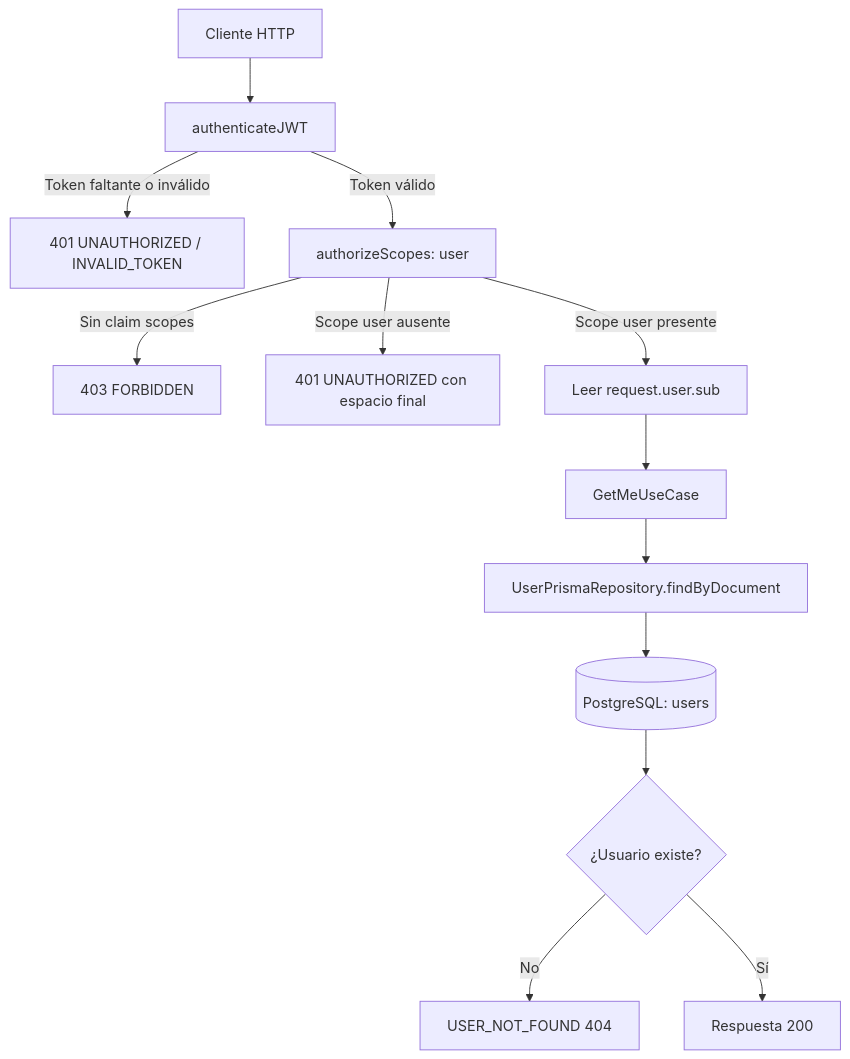
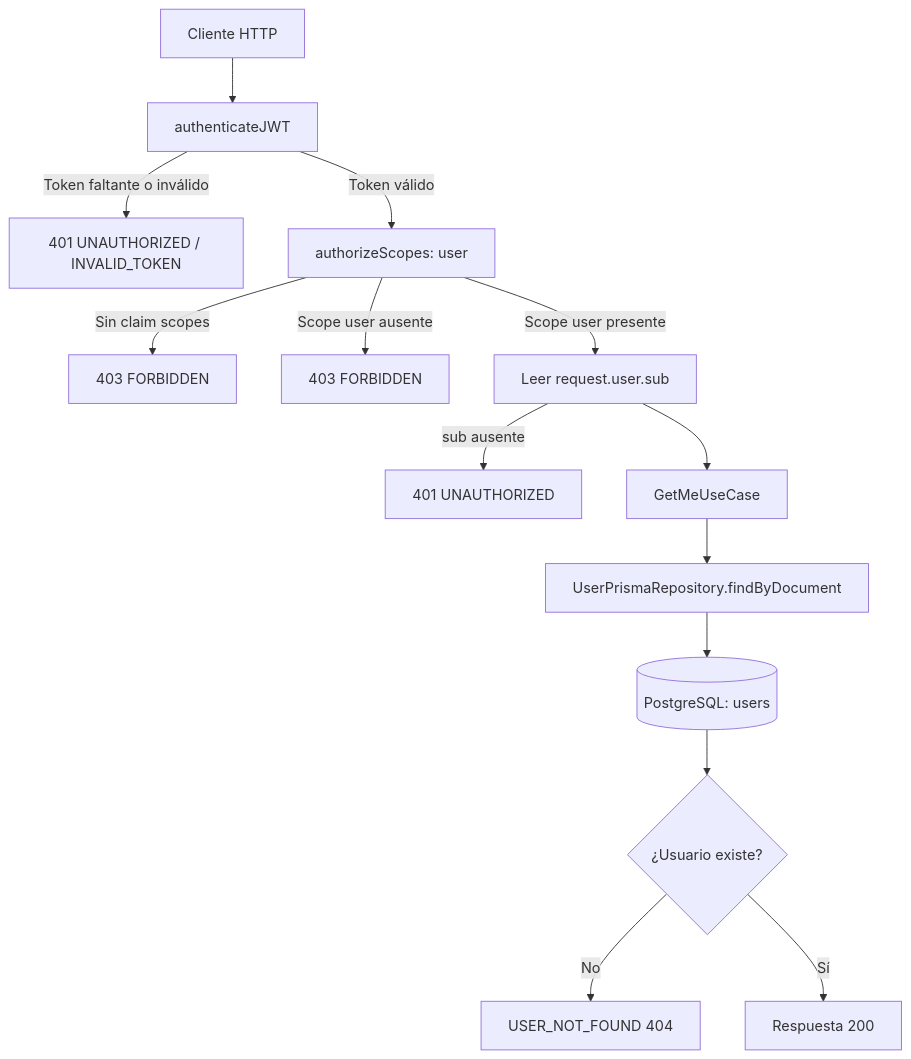
The diagram in docs/use-case/get-current-user.md (jac2206/chasis-fastify-backend), drawn with Mermaid before and after one commit. The commit also changed other lines of this file and 142 other files, not shown here.

````diff
--- a/docs/use-case/get-current-user.md
+++ b/docs/use-case/get-current-user.md
@@ -69,15 +69,16 @@
 ```mermaid
 flowchart TD
     A[Cliente HTTP] --> B[authenticateJWT]
     B -->|Token faltante o inválido| X[401 UNAUTHORIZED / INVALID_TOKEN]
     B -->|Token válido| C[authorizeScopes: user]
     C -->|Sin claim scopes| Y[403 FORBIDDEN]
-    C -->|Scope user ausente| Z[401 UNAUTHORIZED con espacio final]
+    C -->|Scope user ausente| Z[403 FORBIDDEN]
     C -->|Scope user presente| D[Leer request.user.sub]
+    D -->|sub ausente| W[401 UNAUTHORIZED]
     D --> E[GetMeUseCase]
     E --> F[UserPrismaRepository.findByDocument]
     F --> G[(PostgreSQL: users)]
     G --> H{¿Usuario existe?}
     H -- No --> I[USER_NOT_FOUND 404]
     H -- Sí --> J[Respuesta 200]
 ```
````
